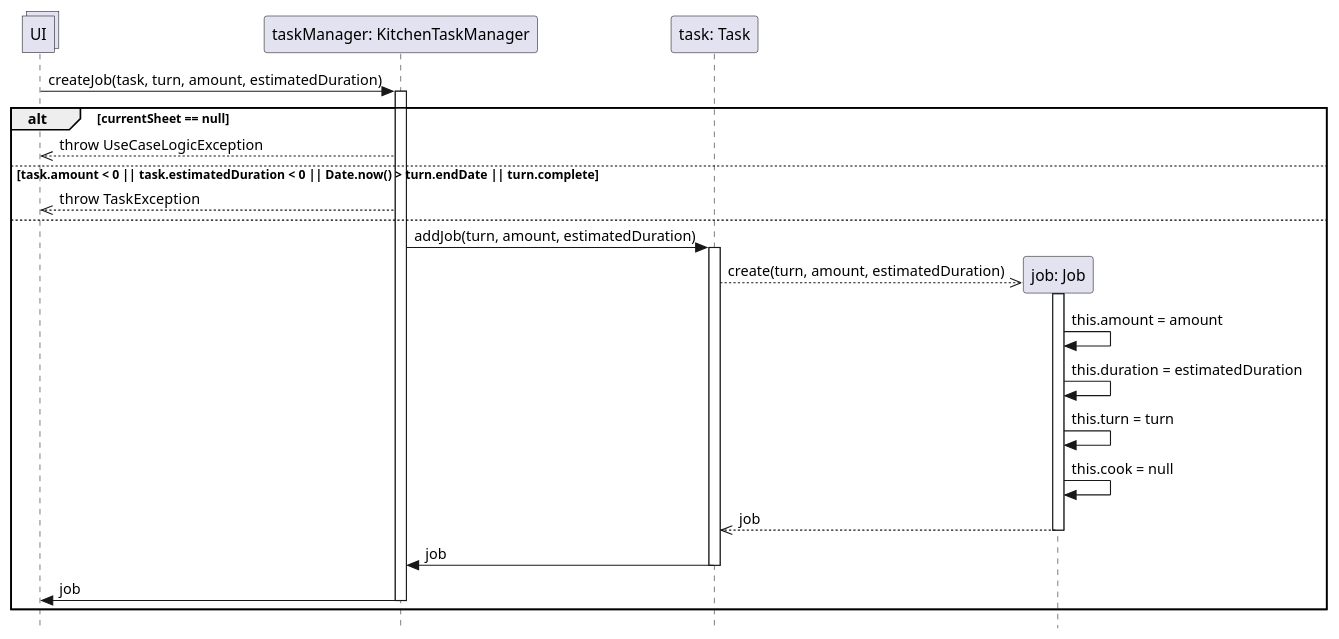
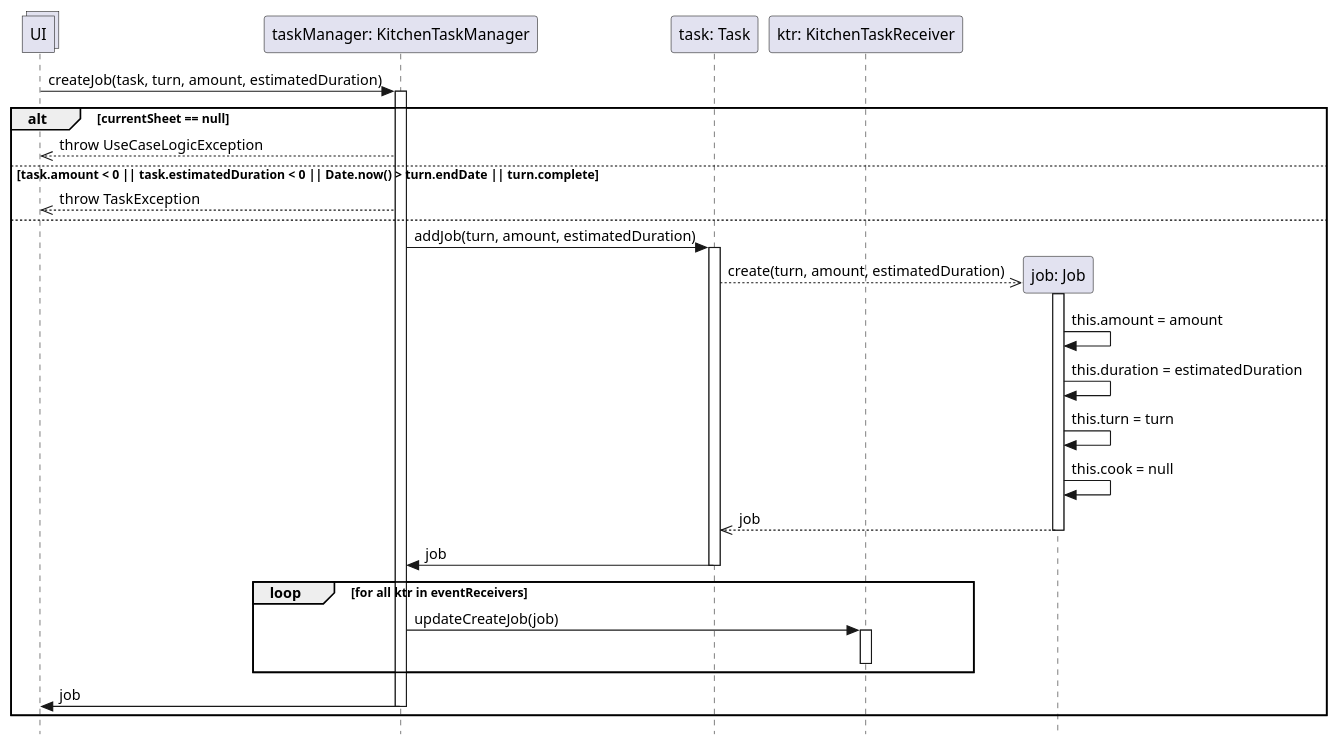
One commit to stefa168/sas-project changed the diagram in DSD Operazione 6.puml. Above: the diagram before and after it, drawn with PlantUML. The commit also changed 5 other files, not shown here.

```diff
--- a/DSD Operazione 6.puml
+++ b/DSD Operazione 6.puml
@@ -1,40 +1,47 @@
 @startuml Operazione 6
 skinparam Style strictuml
 
 collections UI
 
 participant "taskManager: KitchenTaskManager" as tm
 UI -> tm: createJob(task, turn, amount, estimatedDuration)
 activate tm
 
 participant "task: Task" as task
+participant "ktr: KitchenTaskReceiver" as ktr
 
 alt currentSheet == null
     UI <<-- tm: throw UseCaseLogicException
 else task.amount < 0 || task.estimatedDuration < 0 || Date.now() > turn.endDate || turn.complete
     UI <<-- tm: throw TaskException
 else
 
     tm -> task: addJob(turn, amount, estimatedDuration)
     activate task
 
     participant "job: Job" as job
     task -->> job**: create(turn, amount, estimatedDuration)
 
     activate job
         job -> job: this.amount = amount
         job -> job: this.duration = estimatedDuration
         job -> job: this.turn = turn
         job -> job: this.cook = null
 
     return job
 
     tm <- task: job
     deactivate task
 
+    loop for all ktr in eventReceivers
+        tm -> ktr : updateCreateJob(job)
+        activate ktr
+        deactivate ktr
+    end
+
     UI <- tm: job
     deactivate tm
     
 end
 
 @enduml
```
